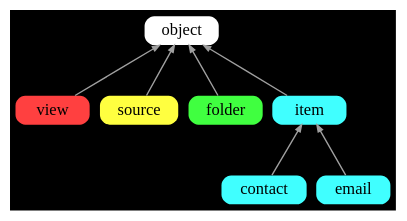
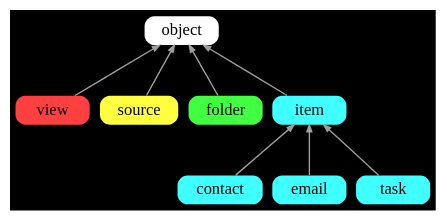
The diagram in inherit.gv (neomutt/test-arch), drawn with Graphviz before and after one commit. The commit also changed 6 other files, not shown here.

```diff
--- a/inherit.gv
+++ b/inherit.gv
@@ -1,44 +1,46 @@
 digraph inherit {
 	graph [
 		rankdir="BT"
 		bgcolor="black"
 		color="white"
 		nodesep="0.1"
 		ranksep="0.5"
 	];
 
 	node [
 		shape="Mrecord"
 		fontsize="12"
 		style="filled"
 		height="0.2"
 		penwidth="0.0"
 	];
 
 	edge [
 		penwidth="1.0"
 		color="#A0A0A0"
 		arrowsize="0.5"
 	];
 
 
 	object  [ fillcolor="#ffffff" ];
 	view    [ fillcolor="#ff4040" ];
 	source  [ fillcolor="#ffff40" ];
 	folder  [ fillcolor="#40ff40" ];
 	item    [ fillcolor="#40ffff" ];
 	contact [ fillcolor="#40ffff" ];
 	email   [ fillcolor="#40ffff" ];
+	task    [ fillcolor="#40ffff" ];
 
 	// config;
 	// panel;
 	// plugin;
 
 	view    -> object;
 	source  -> object;
 	folder  -> object;
 	item    -> object;
 	contact -> item;
 	email   -> item;
+	task    -> item;
 
 }
```
